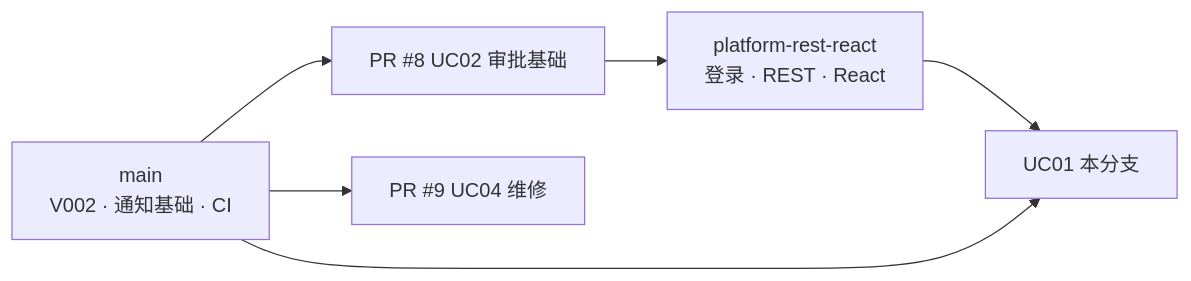
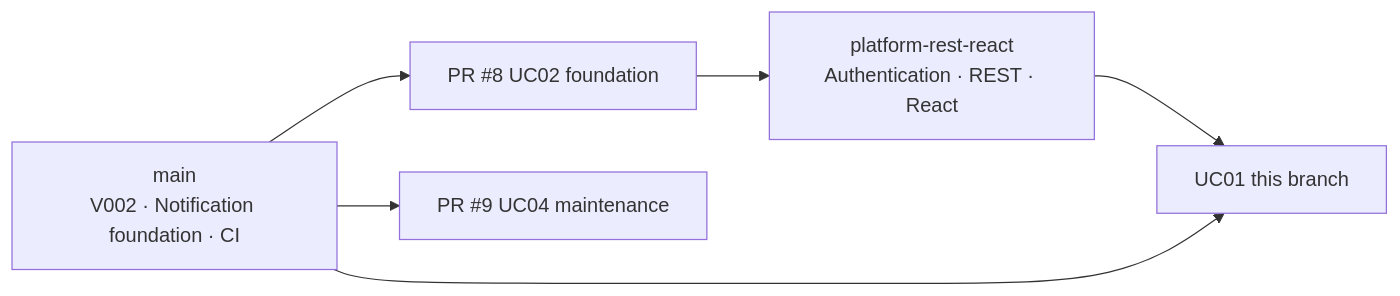
The diagram in docs/agile/sprint-status.md (YukiOvOb/AGFP), drawn with Mermaid before and after one commit. The commit also changed other lines of this file and 50 other files, not shown here.

````diff
--- a/docs/agile/sprint-status.md
+++ b/docs/agile/sprint-status.md
@@ -30,11 +30,11 @@
 ```mermaid
 flowchart LR
-  main[main<br/>V002 · 通知基础 · CI]
-  pr8["PR #8 UC02 审批基础"]
-  plat[platform-rest-react<br/>登录 · REST · React]
-  uc01[UC01 本分支]
-  pr9["PR #9 UC04 维修"]
+  main[main<br/>V002 · Notification foundation · CI]
+  pr8["PR #8 UC02 foundation"]
+  plat[platform-rest-react<br/>Authentication · REST · React]
+  uc01[UC01 this branch]
+  pr9["PR #9 UC04 maintenance"]
   main --> pr8 --> plat --> uc01
   main --> uc01
   main --> pr9
 ```
````
